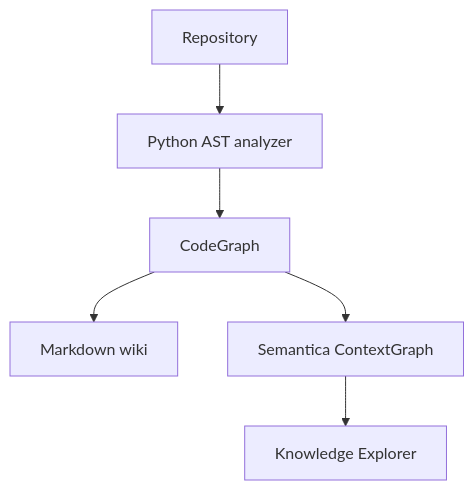
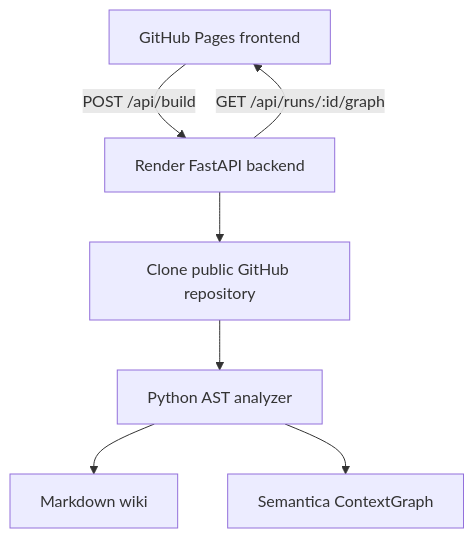
One commit to karabasnejat/semantica changed the diagram in README.md. Above: the diagram before and after it, drawn with Mermaid. The commit also changed other lines of this file and 10 other files, not shown here.

Commit message:
Prepare split frontend and backend deploys

````diff
--- a/README.md
+++ b/README.md
@@ -13,8 +19,9 @@
 ```mermaid
 flowchart TD
-    A[Repository] --> B[Python AST analyzer]
-    B --> C[CodeGraph]
-    C --> D[Markdown wiki]
-    C --> E[Semantica ContextGraph]
-    E --> F[Knowledge Explorer]
+    A[GitHub Pages frontend] -->|POST /api/build| B[Render FastAPI backend]
+    B --> C[Clone public GitHub repository]
+    C --> D[Python AST analyzer]
+    D --> E[Markdown wiki]
+    D --> F[Semantica ContextGraph]
+    B -->|GET /api/runs/:id/graph| A
 ```
````
